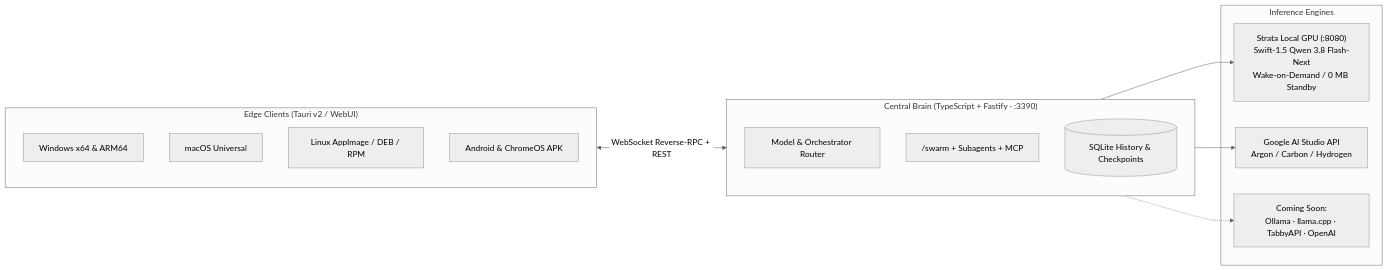
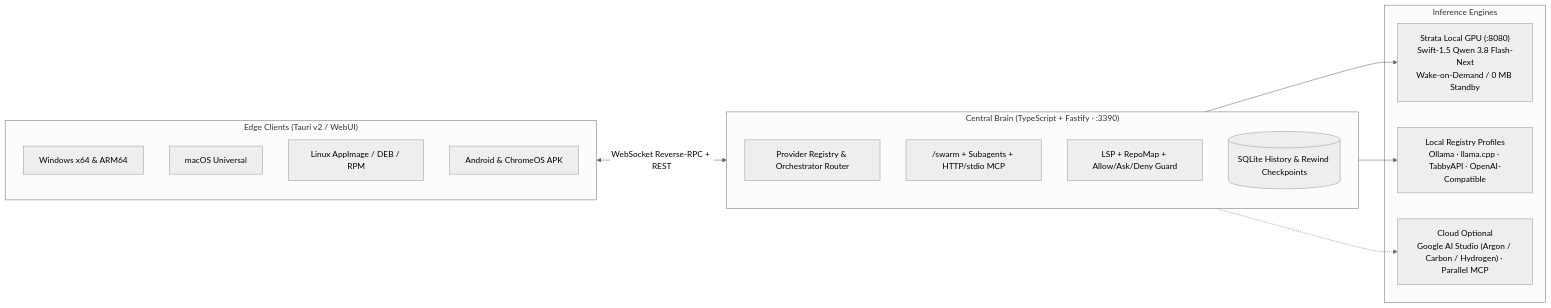
Before and after one commit to williamcboehmjr/LocalGravity: the diagram in README.md, drawn with Mermaid (neutral theme). The commit also changed other lines of this file, not shown here.

Commit message:
docs(readme): document v2.3.14 Overview sidebar, LSP, Repo Map, Provider Registry & open-source credits

````diff
--- a/README.md
+++ b/README.md
@@ -64,26 +78,27 @@
 ```mermaid
 flowchart LR
     subgraph Edge["Edge Clients (Tauri v2 / WebUI)"]
         WIN["Windows x64 & ARM64"]
         MAC["macOS Universal"]
         LIN["Linux AppImage / DEB / RPM"]
         MOB["Android & ChromeOS APK"]
     end
 
     subgraph Brain["Central Brain (TypeScript + Fastify · :3390)"]
-        ROUTER["Model & Orchestrator Router"]
-        SWARM["/swarm + Subagents + MCP"]
-        DB[("SQLite History & Checkpoints")]
+        ROUTER["Provider Registry & Orchestrator Router"]
+        SWARM["/swarm + Subagents + HTTP/stdio MCP"]
+        GUARD["LSP + RepoMap + Allow/Ask/Deny Guard"]
+        DB[("SQLite History & Rewind Checkpoints")]
     end
 
     subgraph Inference["Inference Engines"]
         STRATA["Strata Local GPU (:8080)\nSwift-1.5 Qwen 3.8 Flash-Next\nWake-on-Demand / 0 MB Standby"]
-        CLOUD["Google AI Studio API\nArgon / Carbon / Hydrogen"]
-        SOON["Coming Soon:\nOllama · llama.cpp · TabbyAPI · OpenAI"]
+        LOCAL["Local Registry Profiles\nOllama · llama.cpp · TabbyAPI · OpenAI-Compatible"]
+        CLOUD["Cloud Optional\nGoogle AI Studio (Argon / Carbon / Hydrogen) · Parallel MCP"]
     end
 
     Edge <-->|"WebSocket Reverse-RPC + REST"| Brain
     Brain --> STRATA
-    Brain --> CLOUD
-    Brain -.-> SOON
+    Brain --> LOCAL
+    Brain -.-> CLOUD
 ```
````
